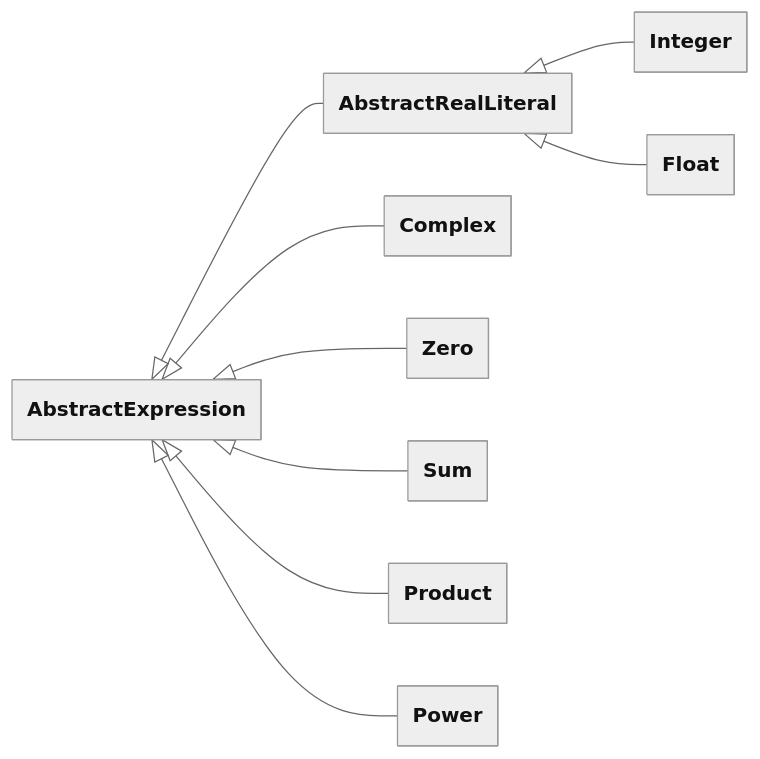
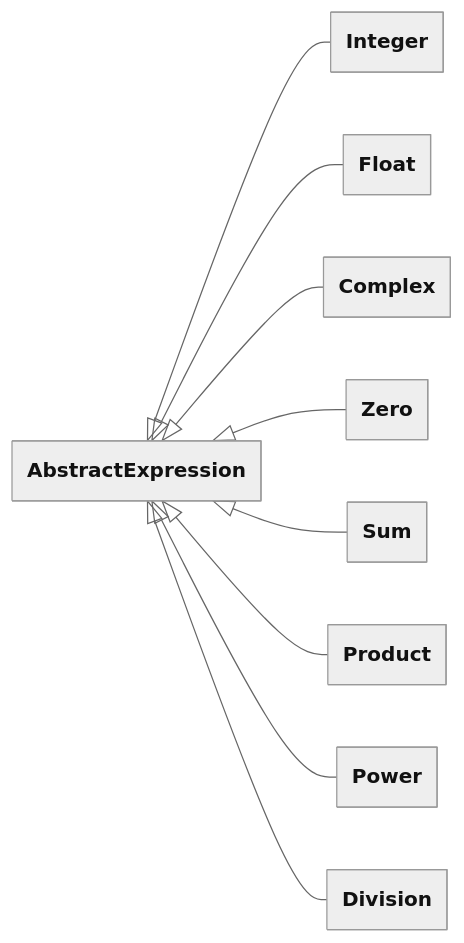
One commit to FEniCS/uflx changed the third of 12 diagrams in design/language.md. Above: the diagram before and after it, drawn with Mermaid. The commit also changed other lines of this file, not shown here.

Commit message:
Remove unneeded AbstractRealLiteral

````diff
--- a/design/language.md
+++ b/design/language.md
@@ -4333,22 +4328,22 @@
 ```mermaid
 ---
 config:
   theme: neutral
   look: classic
   class:
     theme: neutral
     look: classic
     hideEmptyMembersBox: true
 ---
 classDiagram
     direction LR
     accTitle: Algebra class hierarchy (1 of 3)
-    AbstractExpression <|-- AbstractRealLiteral
-    AbstractRealLiteral <|-- Integer
-    AbstractRealLiteral <|-- Float
+    AbstractExpression <|-- Integer
+    AbstractExpression <|-- Float
     AbstractExpression <|-- Complex
     AbstractExpression <|-- Zero
     AbstractExpression <|-- Sum
     AbstractExpression <|-- Product
     AbstractExpression <|-- Power
+    AbstractExpression <|-- Division
 ```
````
